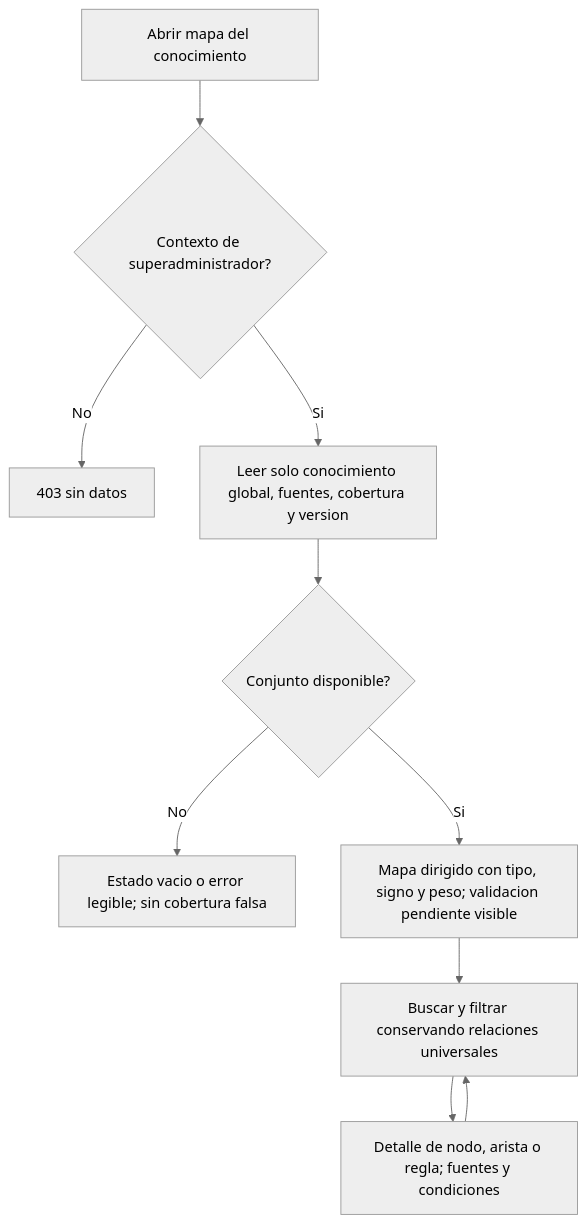
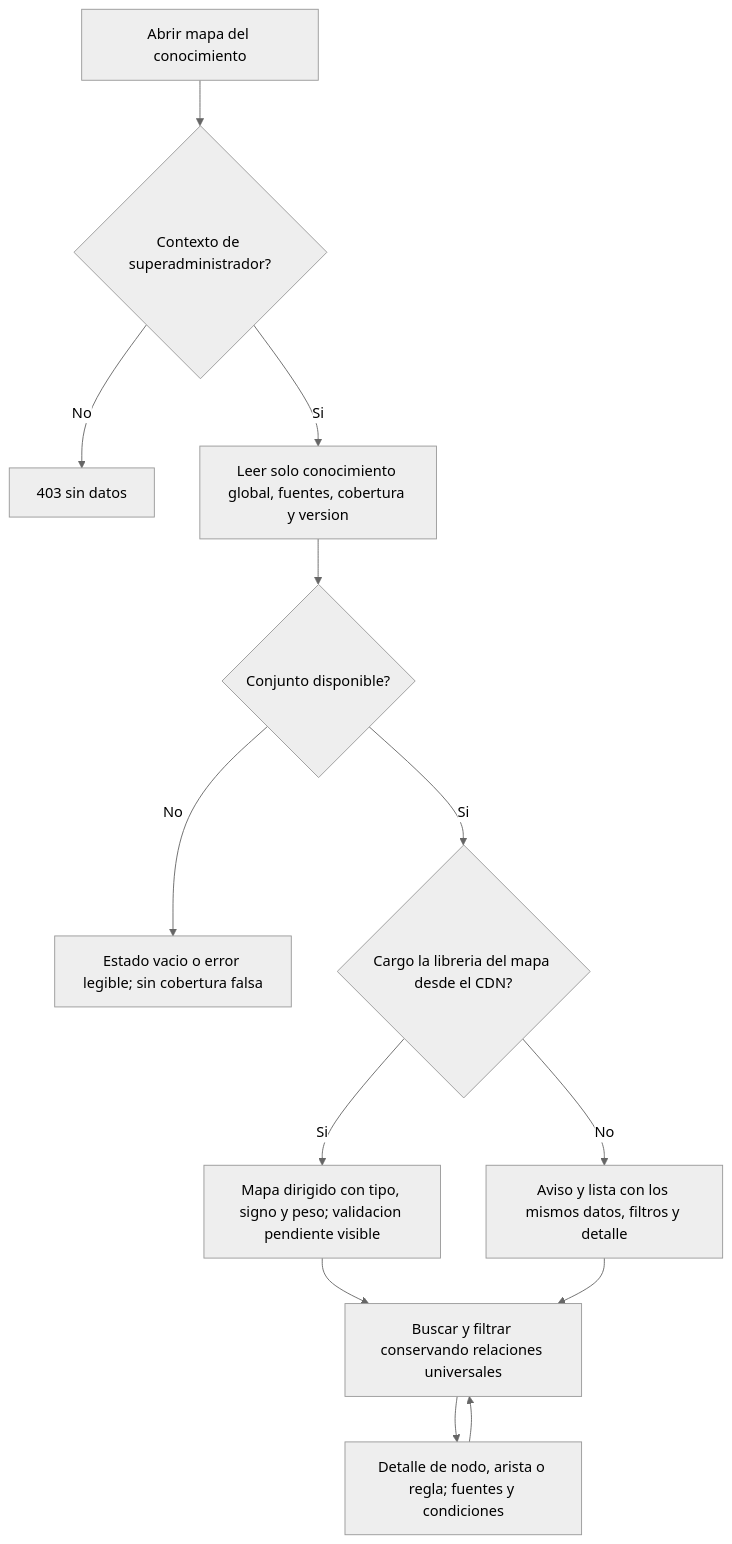
Before and after one commit to carvajal7lsch-commits/Zooki: diagram 26 of 26 in documentacion/Modelos.md, drawn with Mermaid (neutral theme). The commit also changed other lines of this file and 18 other files, not shown here.

Commit message:
feat(grafo): mapa del conocimiento clinico en el panel de plataforma (HU-2.12, RE-2.12.1-6)

````diff
--- a/documentacion/Modelos.md
+++ b/documentacion/Modelos.md
@@ -1089,12 +1089,15 @@
 ```mermaid
 flowchart TD
   A["Abrir mapa del conocimiento"] --> B{Contexto de superadministrador?}
   B -- No --> X["403 sin datos"]
   B -- Si --> C["Leer solo conocimiento global, fuentes, cobertura y version"]
   C --> D{Conjunto disponible?}
   D -- No --> E["Estado vacio o error legible; sin cobertura falsa"]
-  D -- Si --> F["Mapa dirigido con tipo, signo y peso; validacion pendiente visible"]
+  D -- Si --> L{Cargo la libreria del mapa desde el CDN?}
+  L -- No --> M["Aviso y lista con los mismos datos, filtros y detalle"]
+  L -- Si --> F["Mapa dirigido con tipo, signo y peso; validacion pendiente visible"]
   F --> G["Buscar y filtrar conservando relaciones universales"]
+  M --> G
   G --> H["Detalle de nodo, arista o regla; fuentes y condiciones"]
   H --> G
 ```
````
